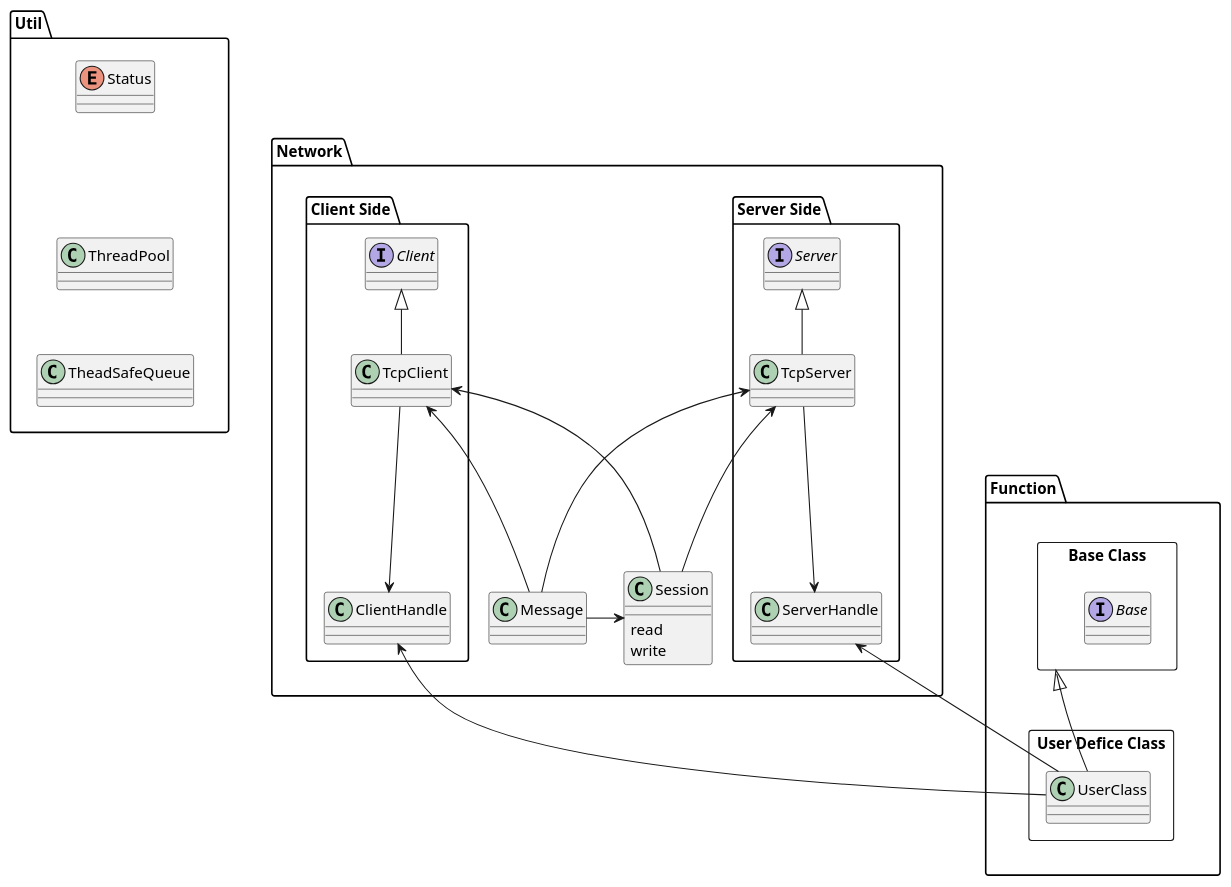
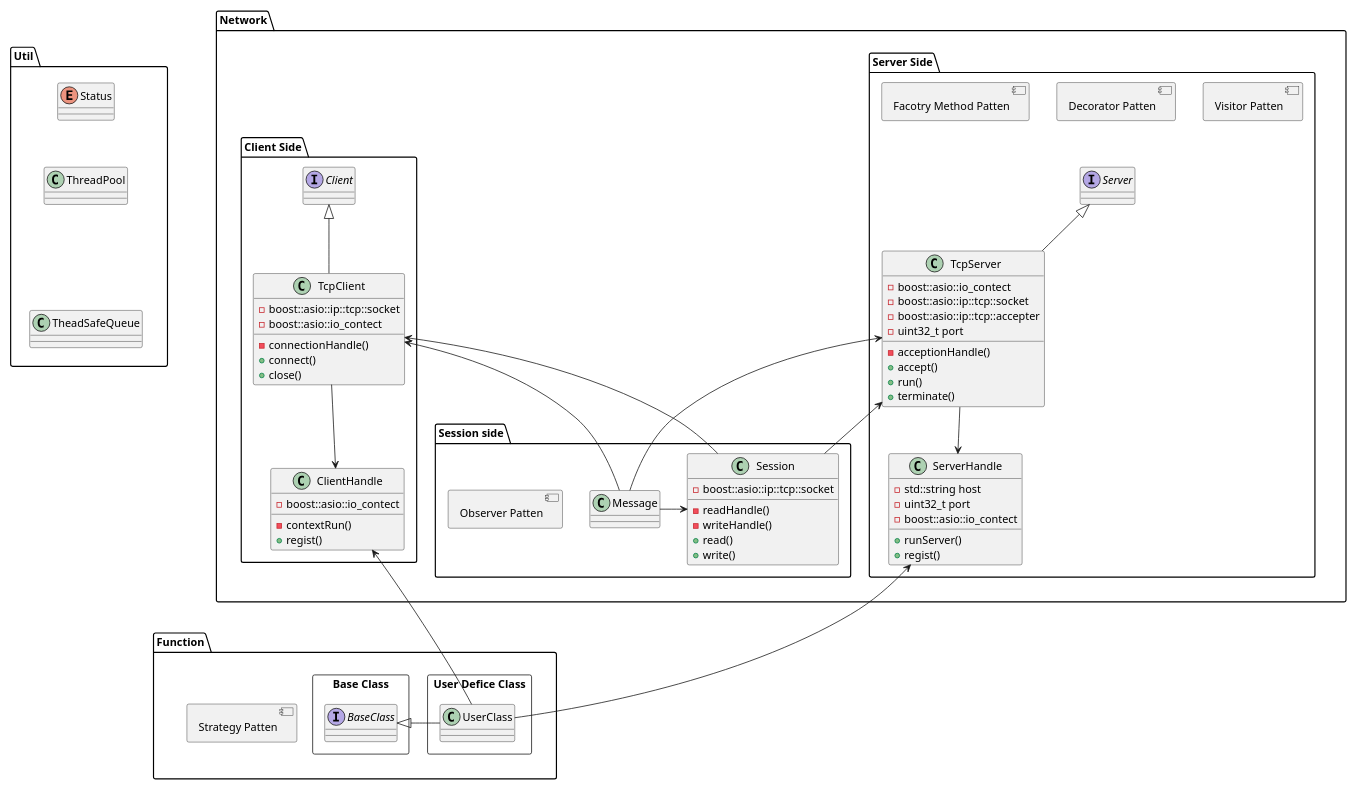
The diagram in documents/uml/classArchitectrue.plantuml (ISSuh/SimpleRPC), drawn with PlantUML before and after one commit.

Commit message:
[UML] update class diagrma

```diff
--- a/documents/uml/classArchitectrue.plantuml
+++ b/documents/uml/classArchitectrue.plantuml
@@ -1,99 +1,137 @@
 @startuml SimpleRPC_Class_Architecture
+
+scale 1280 width
+scale 720 height
 
 Network -[hidden]up- Util
 Function -[hidden]up- Network
 Function -[hidden]up- Util 
 
 package "Network" as Network {
 
   package "Server Side" as ServerSide {
 
+    component "Decorator Patten" as DP{
+    }
+
+    component "Facotry Method Patten" as FMP{
+    }
+
+    component "Visitor Patten" as VP {
+    }
+
     interface Server {
-
     }
 
     class TcpServer {
-
+      {field} -boost::asio::io_contect
+      {field} -boost::asio::ip::tcp::socket
+      {field} -boost::asio::ip::tcp::accepter
+      {field} -uint32_t port
+      {method} -acceptionHandle()
+      {method} +accept()
+      {method} +run()
+      {method} +terminate()
     }
 
     class ServerHandle {
-
+      {field} -std::string host
+      {field} -uint32_t port
+      {field} -boost::asio::io_contect
+      {method} +runServer()
+      {method} +regist()
     }
 
+    Server -[hidden]up- VP
     TcpServer -up-|> Server
     TcpServer -down-> ServerHandle
   }
 
   package "Client Side" as ClientSide {
 
     interface Client {
-
     }
 
     class TcpClient {
-
+      {field} -boost::asio::ip::tcp::socket
+      {field} -boost::asio::io_contect
+      {method} -connectionHandle()
+      {method} +connect()
+      {method} +close()
     }
 
     class ClientHandle {
-
+      {field} -boost::asio::io_contect
+      {method} -contextRun()
+      {method} +regist()
     }
 
     TcpClient -up-|> Client
     TcpClient -down-> ClientHandle
   }
 
-  class Session {
-    {method} read
-    {method} write
+  package "Session side" as Sessions {
+
+    component "Observer Patten" {
+    }
+
+    class Session {
+      {field} -boost::asio::ip::tcp::socket
+      {method} -readHandle()
+      {method} -writeHandle()
+      {method} +read()
+      {method} +write()
+    }
+
+    class Message {
+    }
+
+    Session -up-> TcpServer
+    Session -up-> TcpClient
+
+    Message -up-> TcpServer
+    Message -up-> TcpClient
+
+    Message -> Session
   }
-
-  class Message {
-
-  }
-
-  Session -up-> TcpServer
-  Session -up-> TcpClient
-
-  Message -up-> TcpServer
-  Message -up-> TcpClient
-
-  Message -> Session
 }
 
-package "RPC Function" as Function {
+package "RPC Function" as Function {  
   rectangle "Base Class" as Base {
-    interface Base {
-
+    interface BaseClass {
     }
   }
 
   rectangle "User Defice Class" as UserDefine {
     class UserClass {
-
     }
   }
 
-  UserClass -up-|> Base
+  component "Strategy Patten" {
+  }
+
+  ClientHandle -[hidden]down- UserClass 
+  ClientHandle -[hidden]down- BaseClass 
+  UserClass -left-|> BaseClass
 }
 
-package "Util" as Util {
+package "Utilize" as Util {
   enum Status {
-
   }
 
   class ThreadPool {
-
   }
 
   class TheadSafeQueue {
-
   }
 
   Status -[hidden]down- ThreadPool
   ThreadPool -[hidden]down- TheadSafeQueue
 }
 
- UserClass -up-> ServerHandle
- UserClass -up-> ClientHandle
+Network -[hidden]left- Util
+
+UserClass -up-> ServerHandle
+UserClass -up-> ClientHandle
 
 @enduml
```
